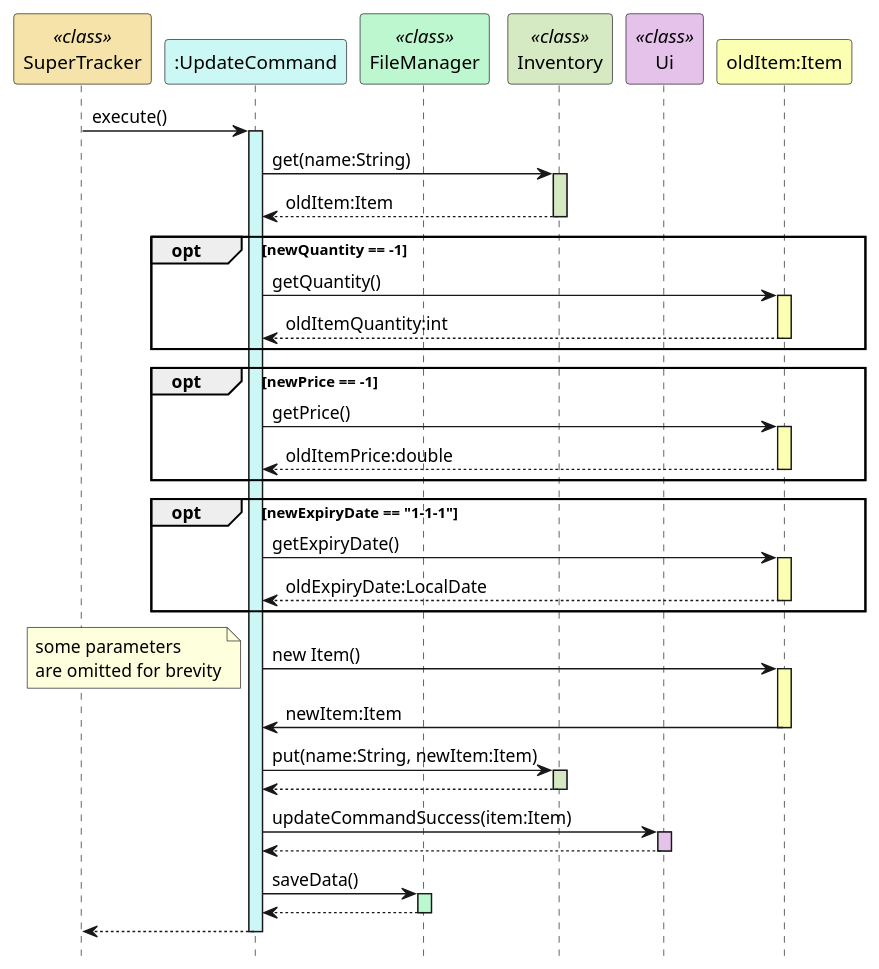
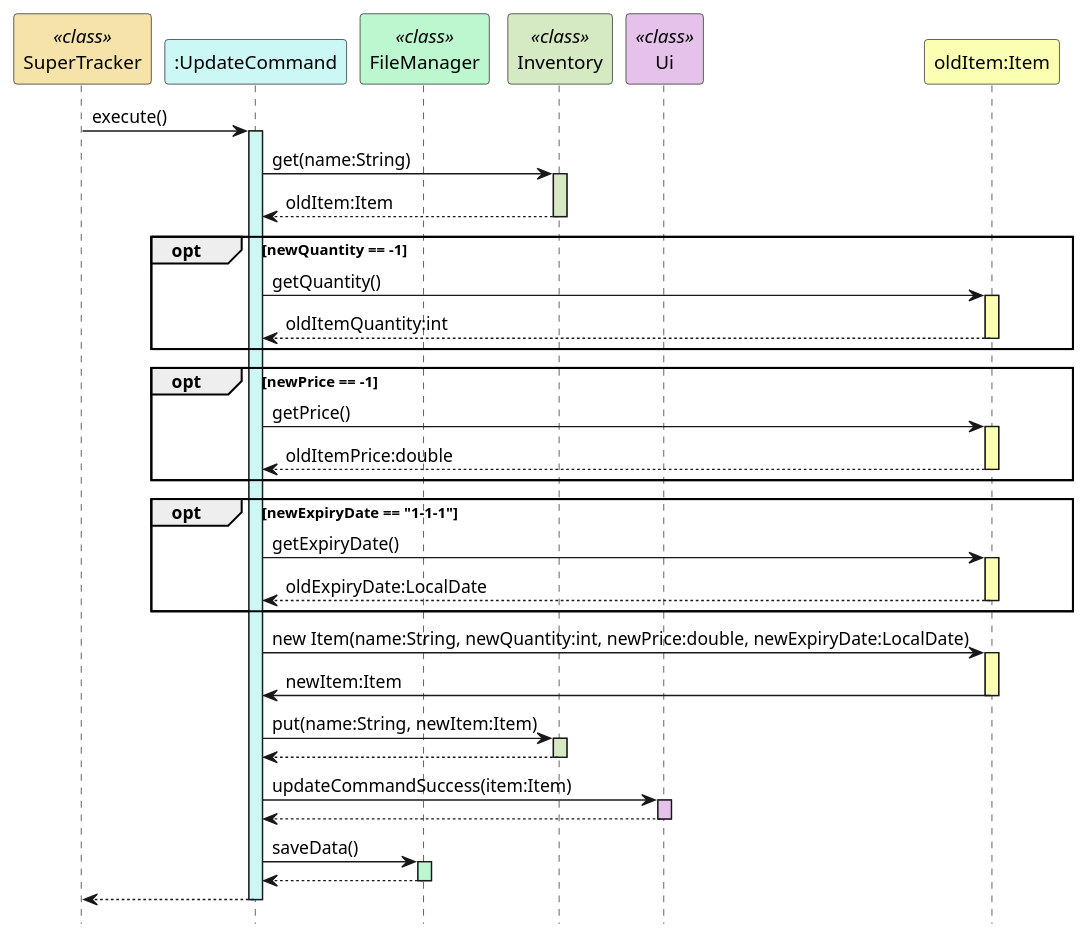
Before and after one commit to rismm/tp: the second of 2 diagrams in docs/uml-diagrams/UpdateCommand.puml, drawn with PlantUML. The commit also changed 1 other file, not shown here.

Commit message:
update parameters in update uml

```diff
--- a/docs/uml-diagrams/UpdateCommand.puml
+++ b/docs/uml-diagrams/UpdateCommand.puml
@@ -63,63 +63,62 @@
 @startuml
 hide footbox
 participant "SuperTracker" as SuperTracker <<class>> #f5e3a9
 participant ":UpdateCommand" as UpdateCommand #cbf7f4
 participant "FileManager" as FileManager <<class>> #bcf7cf
 participant "Inventory" as Inventory <<class>> #d5eac2
 participant "Ui" as Ui <<class>> #e5c2ea
 participant "oldItem:Item" as Item #fbffb2
 
 SuperTracker -> UpdateCommand : execute()
 activate UpdateCommand #cbf7f4
 
 UpdateCommand -> Inventory : get(name:String)
 activate Inventory #d5eac2
 Inventory --> UpdateCommand : oldItem:Item
 deactivate Inventory
 
 opt newQuantity == -1
     UpdateCommand -> Item: getQuantity()
     activate Item #fbffb2
     Item --> UpdateCommand: oldItemQuantity:int
     deactivate Item
 end
 
 opt newPrice == -1
     UpdateCommand -> Item: getPrice()
     activate Item #fbffb2
     Item --> UpdateCommand: oldItemPrice:double
     deactivate Item
 end
 
 opt newExpiryDate == "1-1-1"
     UpdateCommand -> Item: getExpiryDate()
     activate Item #fbffb2
     Item --> UpdateCommand: oldExpiryDate:LocalDate
     deactivate Item
 end
 
-UpdateCommand -> Item : new Item()
-note left : some parameters \nare omitted for brevity
+UpdateCommand -> Item : new Item(name:String, newQuantity:int, newPrice:double, newExpiryDate:LocalDate)
 activate Item #fbffb2
 Item -> UpdateCommand : newItem:Item
 deactivate Item
 
 
 UpdateCommand -> Inventory : put(name:String, newItem:Item)
 activate Inventory #d5eac2
 Inventory --> UpdateCommand
 deactivate Inventory
 
 UpdateCommand -> Ui : updateCommandSuccess(item:Item)
 activate Ui #e5c2ea
 Ui --> UpdateCommand
 deactivate Ui
 
 UpdateCommand -> FileManager : saveData()
 activate FileManager #bcf7cf
 FileManager --> UpdateCommand
 deactivate FileManager
 
 UpdateCommand --> SuperTracker
 deactivate UpdateCommand
 @enduml
```
